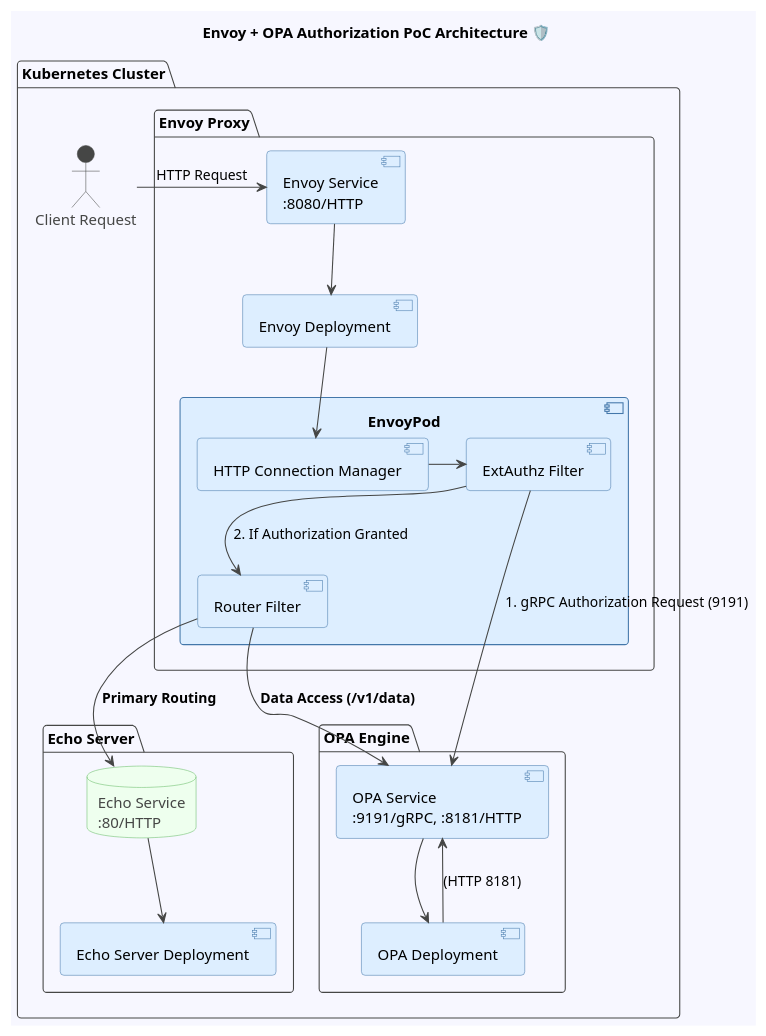
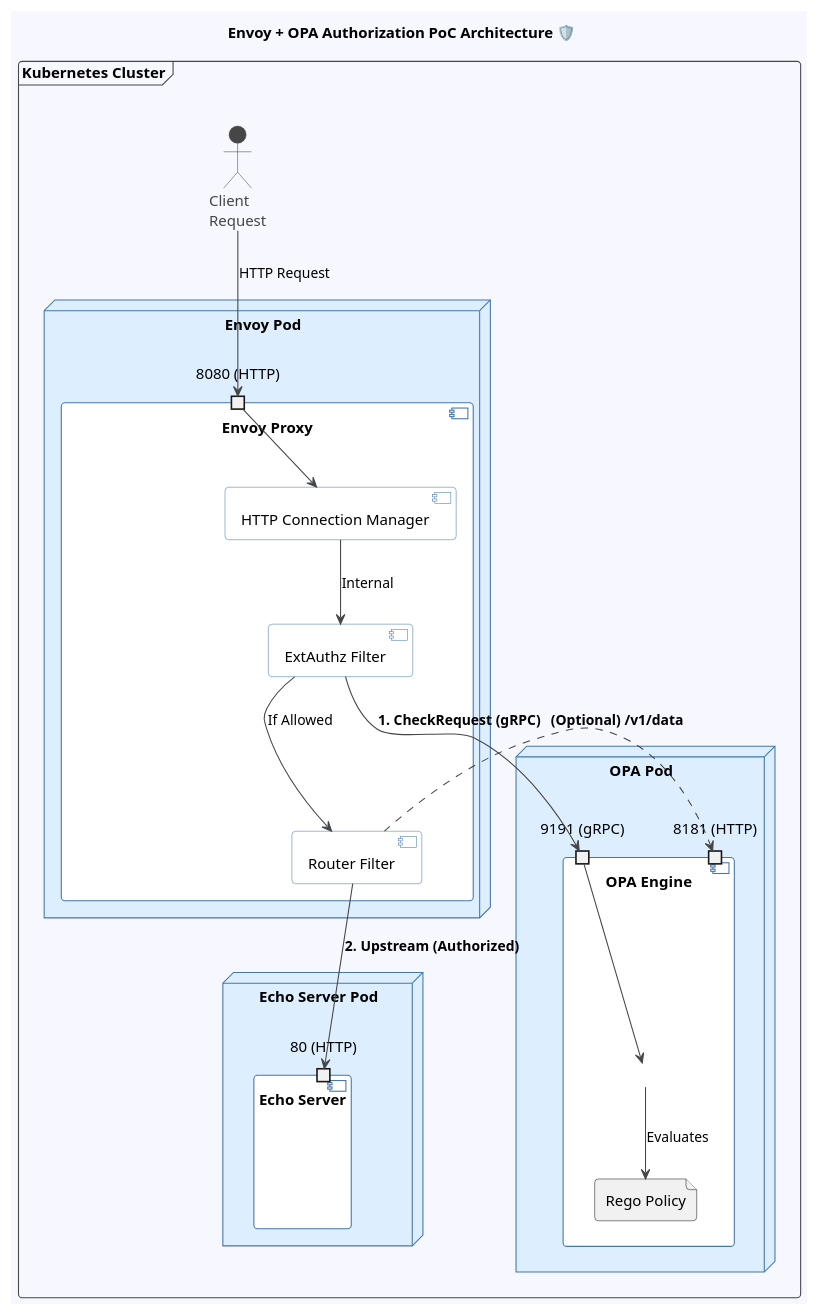
Before and after one commit to kanywst/envoy-external-authorization-filter-simple: the diagram in assets/artifacture-diagram.pu, drawn with PlantUML. The commit also changed 9 other files, not shown here.

```diff
--- a/assets/artifacture-diagram.pu
+++ b/assets/artifacture-diagram.pu
@@ -1,71 +1,73 @@
 @startuml
 !theme toy
 
 title Envoy + OPA Authorization PoC Architecture 🛡️
 
 skinparam backgroundcolor #f7f7ff
 skinparam defaultFontName "Arial"
-skinparam component {
+skinparam node {
   BorderColor #4477aa
   BackgroundColor #ddeeff
 }
-skinparam database {
+skinparam component {
+  BorderColor #4477aa
+  BackgroundColor #ffffff
+}
+skinparam interface {
   BorderColor #66bb66
   BackgroundColor #eeffee
 }
 
 ' =========================================================
-package "Kubernetes Cluster" as KubeCluster {
+frame "Kubernetes Cluster" as KubeCluster {
 
-  actor Client as "Client Request"
+  actor Client as "Client\nRequest"
 
-  ' Envoy Group
-  package "Envoy Proxy" as EnvoyGroup {
-    component EnvoyService as "Envoy Service\n:8080/HTTP"
-    component EnvoyDeployment as "Envoy Deployment"
-
-    ' Envoy Pod 
-    component EnvoyPod {
-      component Httpmgr as "HTTP Connection Manager"
-      component ExtAuthz as "ExtAuthz Filter"
-      component Router as "Router Filter"
+  node "Envoy Pod" as EnvoyPodNode {
+    component "Envoy Proxy" as Envoy {
+      port "8080 (HTTP)" as P_Envoy
+      component "HTTP Connection Manager" as HCM
+      component "ExtAuthz Filter" as ExtAuthz
+      component "Router Filter" as Router
+      
+      HCM --> ExtAuthz : Internal
+      ExtAuthz --> Router : If Allowed
     }
   }
 
-  ' OPA Group
-  package "OPA Engine" as OPAGroup {
-    component OPAService as "OPA Service\n:9191/gRPC, :8181/HTTP"
-    component OPADeployment as "OPA Deployment"
+  node "OPA Pod" as OPAPodNode {
+    component "OPA Engine" as OPA {
+      port "9191 (gRPC)" as P_OPA_gRPC
+      port "8181 (HTTP)" as P_OPA_HTTP
+      file "Rego Policy" as Rego
+      
+      OPA -down-> Rego : Evaluates
+    }
   }
 
-  ' Echo Server Group
-  package "Echo Server" as EchoGroup {
-    database EchoService as "Echo Service\n:80/HTTP"
-    component EchoDeployment as "Echo Server Deployment"
+  node "Echo Server Pod" as EchoPodNode {
+    component "Echo Server" as Echo {
+      port "80 (HTTP)" as P_Echo
+    }
   }
 
-  ' Connection Flow
-  Client -> EnvoyService : HTTP Request
-  EnvoyService --> EnvoyDeployment
-  EnvoyDeployment --> Httpmgr
+  ' =========================================================
+  ' Traffic Flow
+  ' =========================================================
+  
+  ' 1. Client to Envoy
+  Client --> P_Envoy : HTTP Request
+  P_Envoy --> HCM
 
-  ' Envoy Internal Processing
-  Httpmgr -> ExtAuthz
-  ExtAuthz -> OPAService : 1. gRPC Authorization Request (9191)
+  ' 2. Authorization Flow (gRPC)
+  ExtAuthz -right-> P_OPA_gRPC : **1. CheckRequest (gRPC)**
+  P_OPA_gRPC --> OPA
 
-  ' OPA Processing
-  OPAService --> OPADeployment 
-  OPADeployment --> OPAService : (HTTP 8181)
-
-  ' Routing After Authorization
-  ExtAuthz --> Router : 2. If Authorization Granted
-
-  ' Backend Routing
-  Router --> EchoService : **Primary Routing**
-  EchoService --> EchoDeployment
-
-  ' Direct OPA Access
-  Router --> OPAService : **Data Access (/v1/data)**
+  ' 3. Upstream Routing
+  Router -down-> P_Echo : **2. Upstream (Authorized)**
+  
+  ' 4. Direct OPA Access (Optional based on your Rego)
+  Router .right.> P_OPA_HTTP : **(Optional) /v1/data**
   
 }
 @enduml
```
